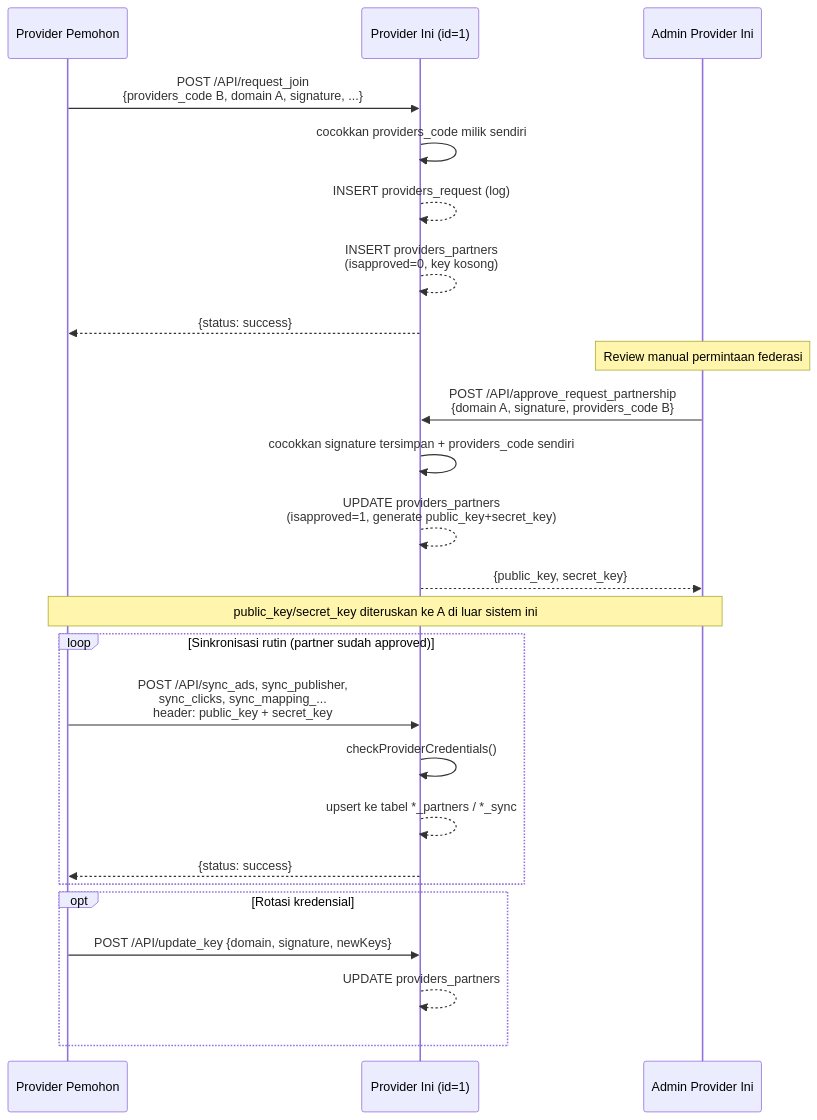
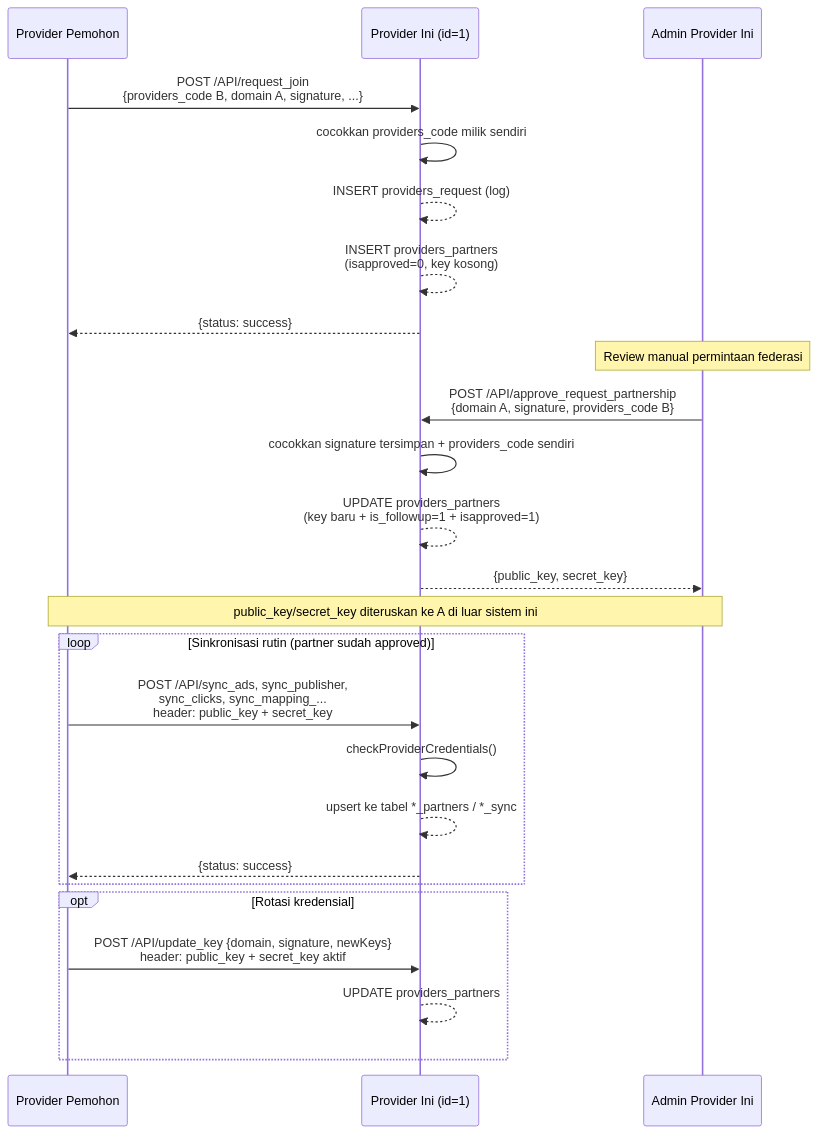
The diagram in docs/API_ENDPOINTS.md (kukuhtw/kumpulblogger.com), drawn with Mermaid before and after one commit. The commit also changed other lines of this file and 4 other files, not shown here.

````diff
--- a/docs/API_ENDPOINTS.md
+++ b/docs/API_ENDPOINTS.md
@@ -167,33 +168,33 @@
 ```mermaid
 sequenceDiagram
     participant A as Provider Pemohon
     participant B as Provider Ini (id=1)
     participant AdminB as Admin Provider Ini
 
     A->>B: POST /API/request_join<br/>{providers_code B, domain A, signature, ...}
     B->>B: cocokkan providers_code milik sendiri
     B-->>B: INSERT providers_request (log)
     B-->>B: INSERT providers_partners<br/>(isapproved=0, key kosong)
     B-->>A: {status: success}
 
     Note over AdminB: Review manual permintaan federasi
 
     AdminB->>B: POST /API/approve_request_partnership<br/>{domain A, signature, providers_code B}
     B->>B: cocokkan signature tersimpan + providers_code sendiri
-    B-->>B: UPDATE providers_partners<br/>(isapproved=1, generate public_key+secret_key)
+    B-->>B: UPDATE providers_partners<br/>(key baru + is_followup=1 + isapproved=1)
     B-->>AdminB: {public_key, secret_key}
 
     Note over AdminB,A: public_key/secret_key diteruskan ke A di luar sistem ini
 
     loop Sinkronisasi rutin (partner sudah approved)
         A->>B: POST /API/sync_ads, sync_publisher,<br/>sync_clicks, sync_mapping_...<br/>header: public_key + secret_key
         B->>B: checkProviderCredentials()
         B-->>B: upsert ke tabel *_partners / *_sync
         B-->>A: {status: success}
     end
 
     opt Rotasi kredensial
-        A->>B: POST /API/update_key {domain, signature, newKeys}
+        A->>B: POST /API/update_key {domain, signature, newKeys}<br/>header: public_key + secret_key aktif
         B-->>B: UPDATE providers_partners
     end
 ```
````
